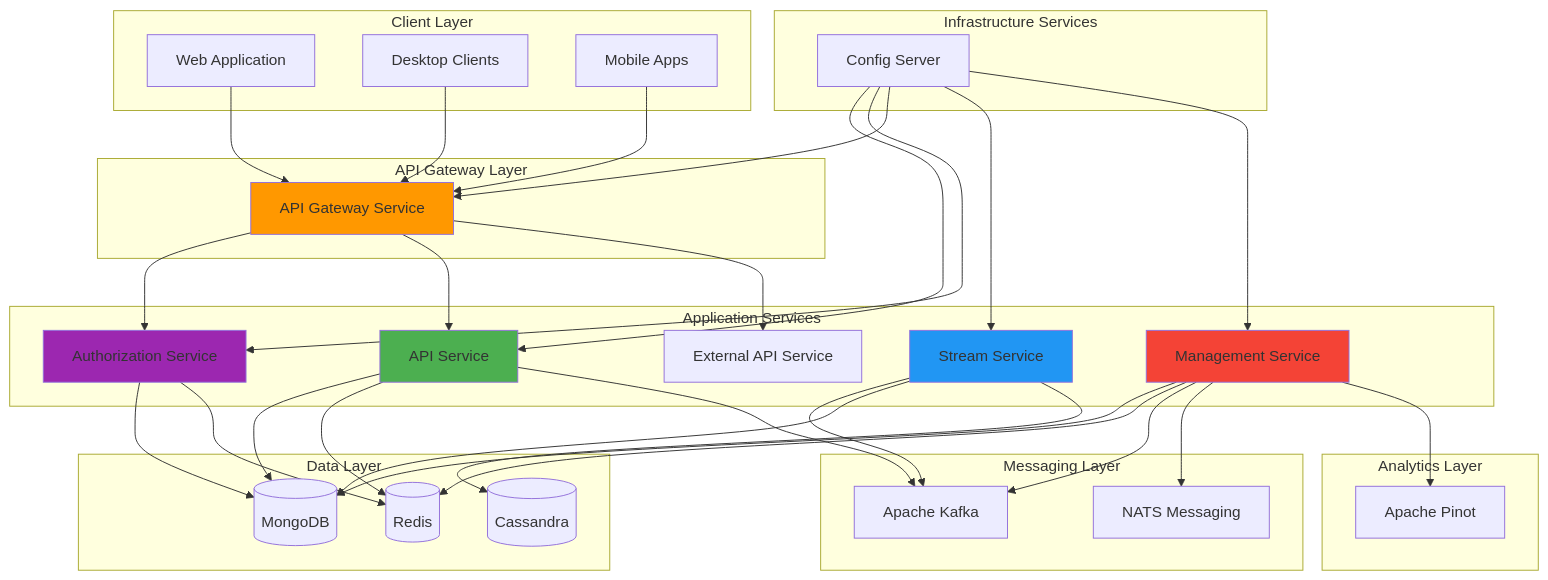
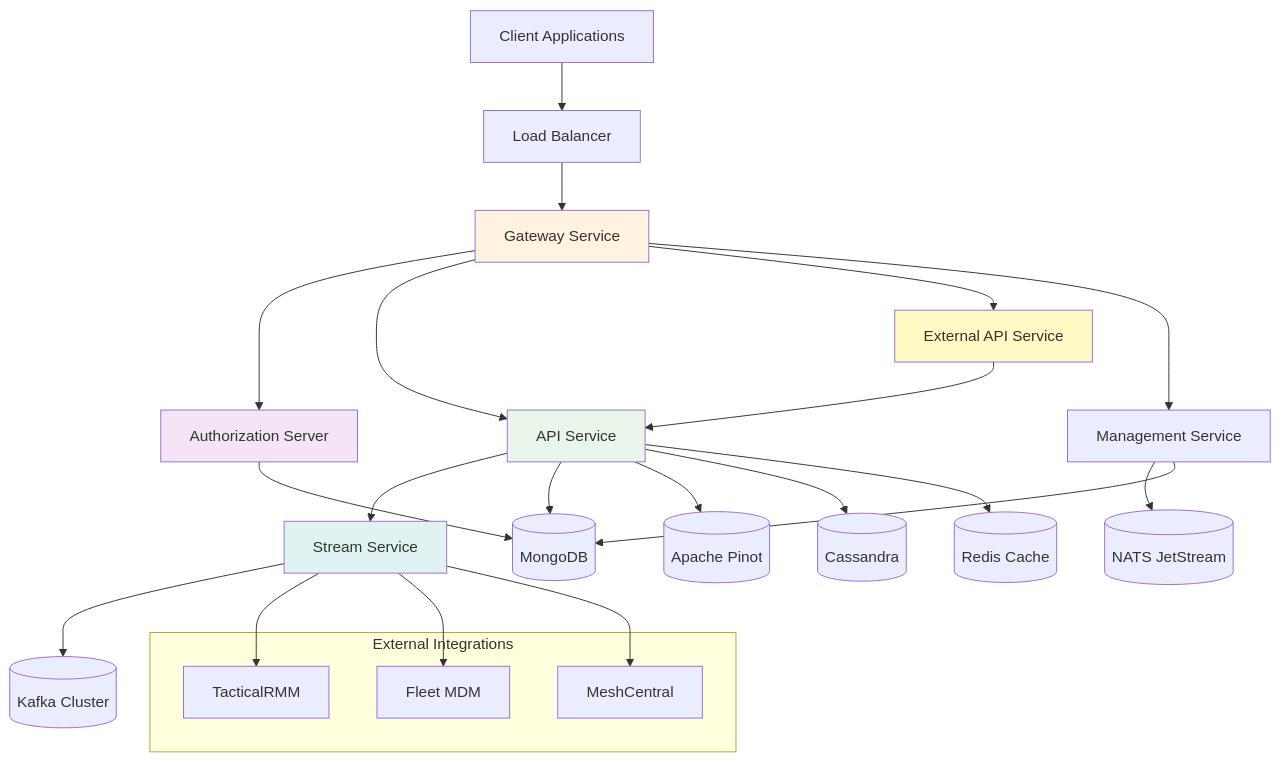
The first of 12 diagrams in docs/development/architecture/README.md (Praesto-Pro/openframe-oss-tenant), drawn with Mermaid before and after one commit. The commit also changed other lines of this file and 149 other files, not shown here.

````diff
--- a/docs/development/architecture/README.md
+++ b/docs/development/architecture/README.md
@@ -9,76 +9,40 @@
 ```mermaid
-graph TD
-    subgraph "Client Layer"
-        WebApp[Web Application]
-        DesktopApp[Desktop Clients]
-        MobileApp[Mobile Apps]
+flowchart TD
+    Client[Client Applications] --> LB[Load Balancer]
+    LB --> Gateway[Gateway Service]
+    
+    Gateway --> Auth[Authorization Server]
+    Gateway --> API[API Service]  
+    Gateway --> External[External API Service]
+    Gateway --> Mgmt[Management Service]
+    
+    API --> Stream[Stream Service]
+    Stream --> Kafka[(Kafka Cluster)]
+    
+    API --> MongoDB[(MongoDB)]
+    API --> Pinot[(Apache Pinot)]
+    API --> Cassandra[(Cassandra)]
+    API --> Redis[(Redis Cache)]
+    
+    Mgmt --> NATS[(NATS JetStream)]
+    Mgmt --> MongoDB
+    
+    External --> API
+    Auth --> MongoDB
+    
+    subgraph "External Integrations"
+        TacticalRMM[TacticalRMM]
+        FleetMDM[Fleet MDM]  
+        MeshCentral[MeshCentral]
     end
     
-    subgraph "API Gateway Layer"
-        Gateway[API Gateway Service]
-    end
+    Stream --> TacticalRMM
+    Stream --> FleetMDM
+    Stream --> MeshCentral
     
-    subgraph "Application Services"
-        Auth[Authorization Service]
-        API[API Service]
-        External[External API Service]
-        Stream[Stream Service]
-        Management[Management Service]
-    end
-    
-    subgraph "Infrastructure Services"
-        Config[Config Server]
-    end
-    
-    subgraph "Data Layer"
-        MongoDB[(MongoDB)]
-        Redis[(Redis)]
-        Cassandra[(Cassandra)]
-    end
-    
-    subgraph "Messaging Layer"
-        Kafka[Apache Kafka]
-        NATS[NATS Messaging]
-    end
-    
-    subgraph "Analytics Layer"
-        Pinot[Apache Pinot]
-    end
-    
-    WebApp --> Gateway
-    DesktopApp --> Gateway
-    MobileApp --> Gateway
-    
-    Gateway --> Auth
-    Gateway --> API
-    Gateway --> External
-    
-    API --> MongoDB
-    API --> Redis
-    API --> Kafka
-    
-    Auth --> MongoDB
-    Auth --> Redis
-    
-    Stream --> Kafka
-    Stream --> MongoDB
-    Stream --> Cassandra
-    
-    Management --> MongoDB
-    Management --> Redis
-    Management --> Kafka
-    Management --> NATS
-    Management --> Pinot
-    
-    Config --> API
-    Config --> Auth
-    Config --> Gateway
-    Config --> Stream
-    Config --> Management
-    
-    style Gateway fill:#ff9800
-    style Auth fill:#9c27b0
-    style API fill:#4caf50
-    style Stream fill:#2196f3
-    style Management fill:#f44336
+    style Gateway fill:#fff3e0
+    style Auth fill:#f3e5f5
+    style API fill:#e8f5e8
+    style Stream fill:#e0f2f1
+    style External fill:#fff9c4
 ```
````
